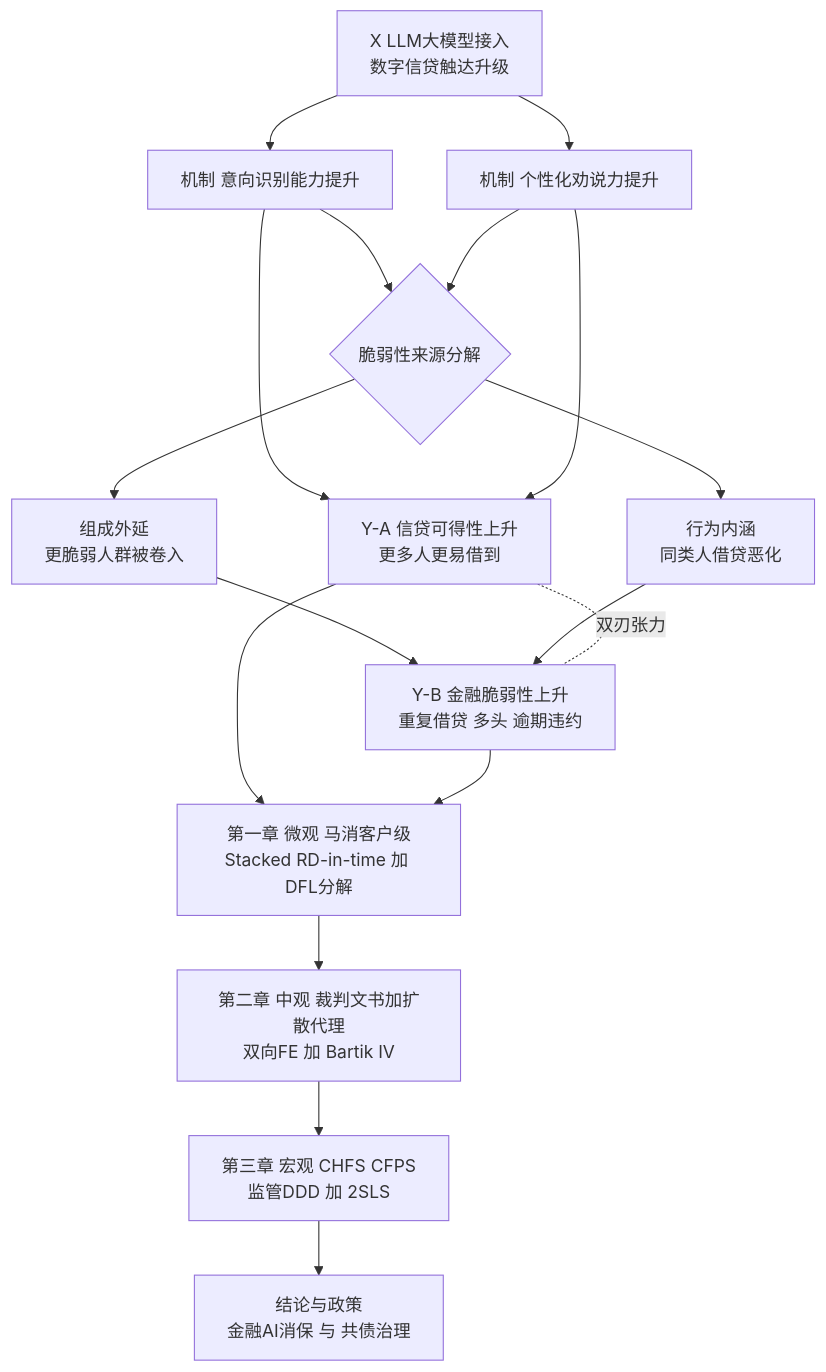
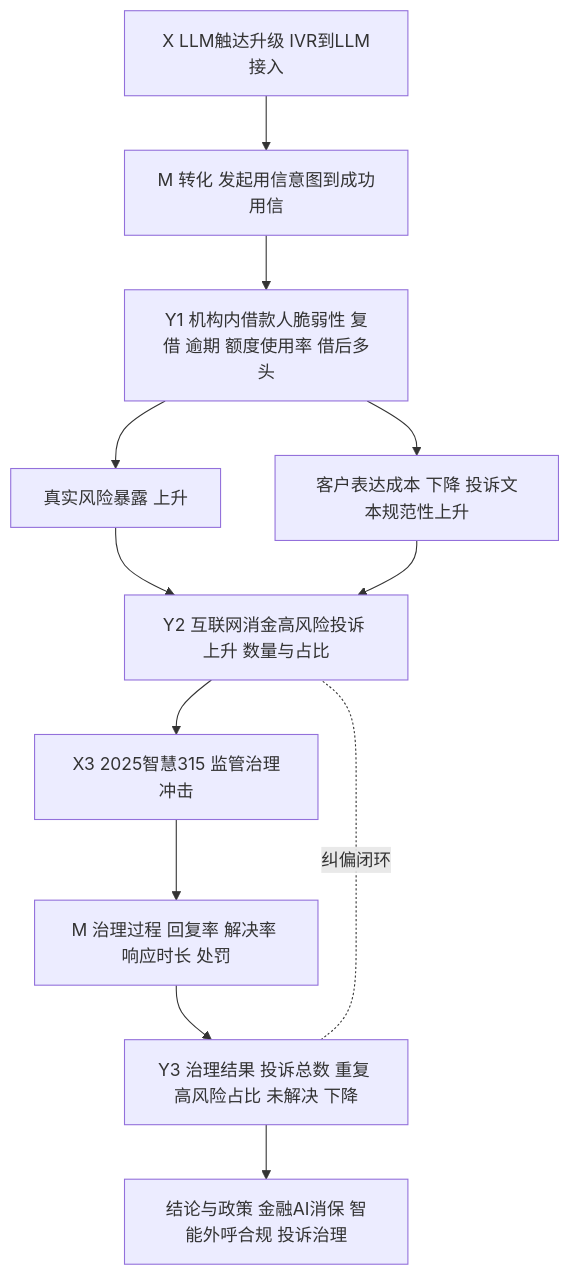
Before and after one commit to qliu2318/claude: the first of 8 diagrams in 开题报告_LLM消费信贷_设计稿.md, drawn with Mermaid. The commit also changed other lines of this file and 2 other files, not shown here.

````diff
--- a/开题报告_LLM消费信贷_设计稿.md
+++ b/开题报告_LLM消费信贷_设计稿.md
@@ -266,19 +298,14 @@
 ```mermaid
 flowchart TB
-  X[X LLM大模型接入<br/>数字信贷触达升级] --> M1[机制 意向识别能力提升]
-  X --> M2[机制 个性化劝说力提升]
-  M1 --> YA[Y-A 信贷可得性上升<br/>更多人更易借到]
-  M2 --> YA
-  M1 --> D{脆弱性来源分解}
-  M2 --> D
-  D --> C1[组成外延<br/>更脆弱人群被卷入]
-  D --> C2[行为内涵<br/>同类人借贷恶化]
-  C1 --> YB[Y-B 金融脆弱性上升<br/>重复借贷 多头 逾期违约]
-  C2 --> YB
-  YA -. 双刃张力 .- YB
-  YA --> L1[第一章 微观 马消客户级<br/>Stacked RD-in-time 加 DFL分解]
-  YB --> L1
-  L1 --> L2[第二章 中观 裁判文书加扩散代理<br/>双向FE 加 Bartik IV]
-  L2 --> L3[第三章 宏观 CHFS CFPS<br/>监管DDD 加 2SLS]
-  L3 --> POL[结论与政策<br/>金融AI消保 与 共债治理]
+  X1[X LLM触达升级 IVR到LLM接入] --> M1[M 转化 发起用信意图到成功用信]
+  M1 --> Y1[Y1 机构内借款人脆弱性 复借 逾期 额度使用率 借后多头]
+  Y1 --> RR[真实风险暴露 上升]
+  Y1 --> EE[客户表达成本 下降 投诉文本规范性上升]
+  RR --> Y2[Y2 互联网消金高风险投诉 上升 数量与占比]
+  EE --> Y2
+  Y2 --> X3[X3 2025智慧315 监管治理冲击]
+  X3 --> M3[M 治理过程 回复率 解决率 响应时长 处罚]
+  M3 --> Y3[Y3 治理结果 投诉总数 重复 高风险占比 未解决 下降]
+  Y3 -. 纠偏闭环 .- Y2
+  Y3 --> POL[结论与政策 金融AI消保 智能外呼合规 投诉治理]
 ```
````
